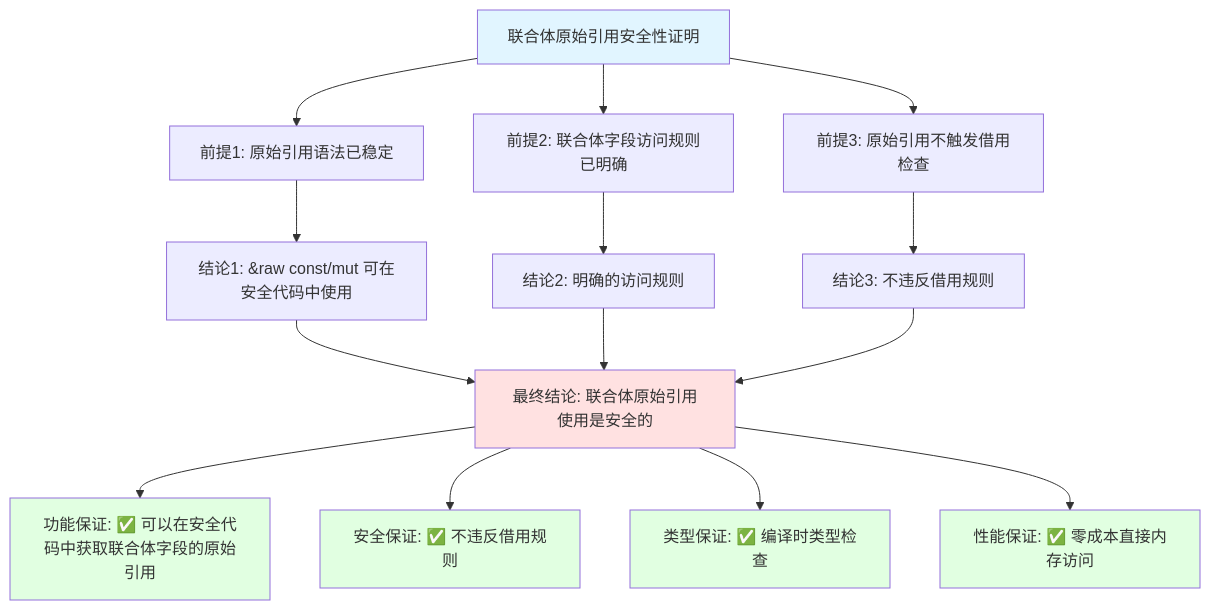
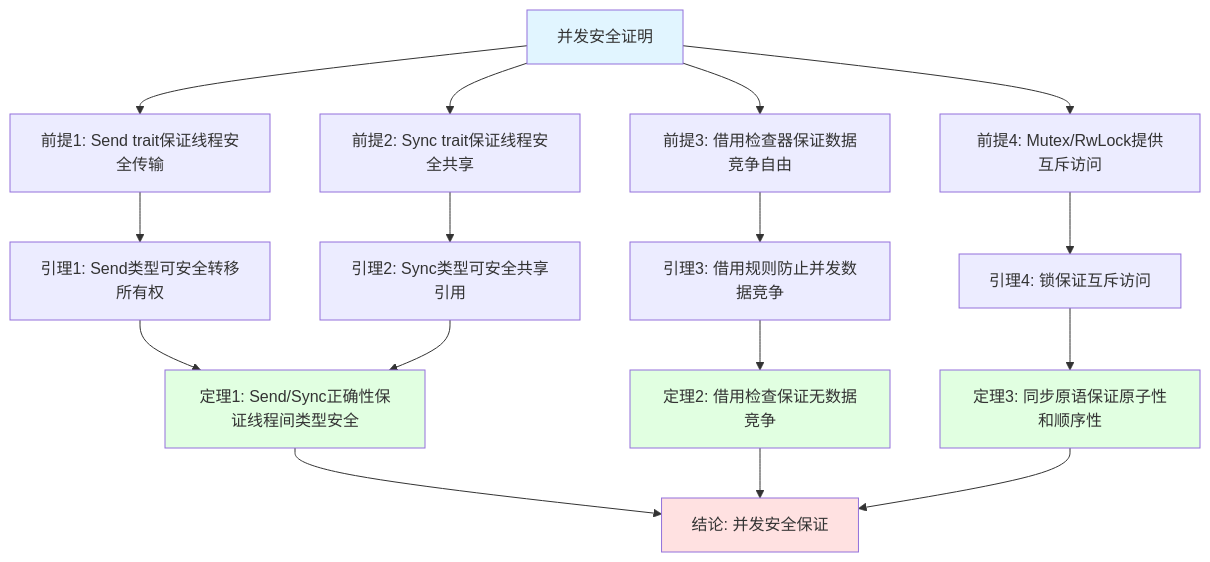
Before and after one commit to martin-ly/rust-lang: diagram 29 of 30 in docs/04_thinking/THINKING_REPRESENTATION_METHODS.md, drawn with Mermaid. The commit also changed other lines of this file and 86 other files, not shown here.

````diff
--- a/docs/04_thinking/THINKING_REPRESENTATION_METHODS.md
+++ b/docs/04_thinking/THINKING_REPRESENTATION_METHODS.md
@@ -776,28 +1267,45 @@
 ```mermaid
 graph TD
-    Root[联合体原始引用安全性证明]
-
-    Root --> P1[前提1: 原始引用语法已稳定]
-    Root --> P2[前提2: 联合体字段访问规则已明确]
-    Root --> P3[前提3: 原始引用不触发借用检查]
-
-    P1 --> C1[结论1: &raw const/mut 可在安全代码中使用]
-    P2 --> C2[结论2: 明确的访问规则]
-    P3 --> C3[结论3: 不违反借用规则]
-
-    C1 --> Final[最终结论: 联合体原始引用使用是安全的]
-    C2 --> Final
-    C3 --> Final
-
-    Final --> G1[功能保证: ✅ 可以在安全代码中获取联合体字段的原始引用]
-    Final --> G2[安全保证: ✅ 不违反借用规则]
-    Final --> G3[类型保证: ✅ 编译时类型检查]
-    Final --> G4[性能保证: ✅ 零成本直接内存访问]
-
+    Root[并发安全证明]
+    
+    P1[前提1: Send trait保证线程安全传输]
+    P2[前提2: Sync trait保证线程安全共享]
+    P3[前提3: 借用检查器保证数据竞争自由]
+    P4[前提4: Mutex/RwLock提供互斥访问]
+    
+    L1[引理1: Send类型可安全转移所有权]
+    L2[引理2: Sync类型可安全共享引用]
+    L3[引理3: 借用规则防止并发数据竞争]
+    L4[引理4: 锁保证互斥访问]
+    
+    T1[定理1: Send/Sync正确性保证线程间类型安全]
+    T2[定理2: 借用检查保证无数据竞争]
+    T3[定理3: 同步原语保证原子性和顺序性]
+    
+    C1[结论: 并发安全保证]
+    
+    Root --> P1
+    Root --> P2
+    Root --> P3
+    Root --> P4
+    
+    P1 --> L1
+    P2 --> L2
+    P3 --> L3
+    P4 --> L4
+    
+    L1 --> T1
+    L2 --> T1
+    L3 --> T2
+    L4 --> T3
+    
+    T1 --> C1
+    T2 --> C1
+    T3 --> C1
+    
     style Root fill:#e1f5ff
-    style Final fill:#ffe1e1
-    style G1 fill:#e1ffe1
-    style G2 fill:#e1ffe1
-    style G3 fill:#e1ffe1
-    style G4 fill:#e1ffe1
+    style C1 fill:#ffe1e1
+    style T1 fill:#e1ffe1
+    style T2 fill:#e1ffe1
+    style T3 fill:#e1ffe1
 ```
````
